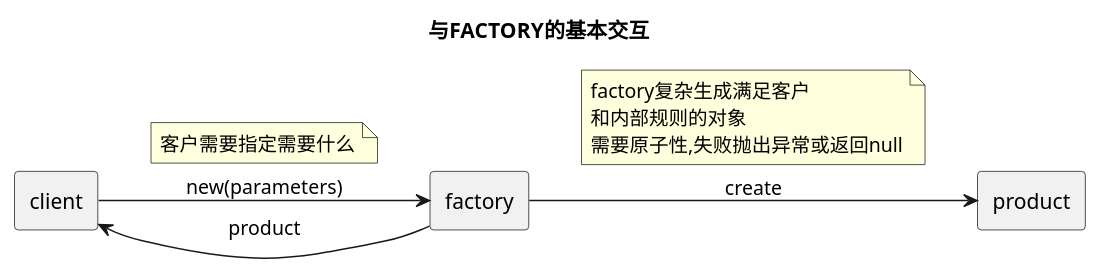
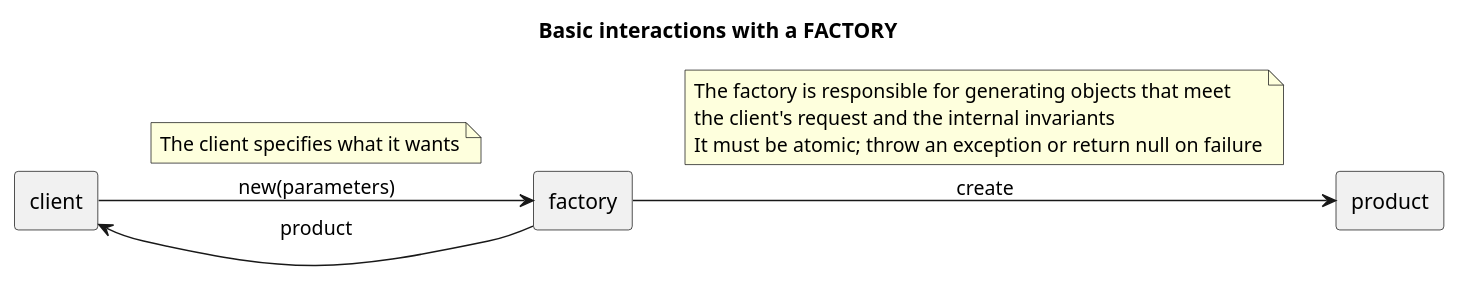
One commit to lindezhong/nvim-config changed the fifth of 19 diagrams in snippets/ddd.md. Above: the diagram before and after it, drawn with PlantUML. The commit also changed other lines of this file and 17 other files, not shown here.

````diff
--- a/snippets/ddd.md
+++ b/snippets/ddd.md
@@ -322,25 +427,25 @@
 ```plantuml
 @startuml
 allowmixing
 left to right direction
-title 与FACTORY的基本交互
+title Basic interactions with a FACTORY
 
 rectangle client
 rectangle factory
 rectangle product
 
 client --> factory : new(parameters)
 note top on link
-客户需要指定需要什么
+The client specifies what it wants
 end note
 factory --> client : product
 factory --> product : create
 note top on link
-factory复杂生成满足客户
-和内部规则的对象
-需要原子性,失败抛出异常或返回null
+The factory is responsible for generating objects that meet
+the client's request and the internal invariants
+It must be atomic; throw an exception or return null on failure
 end note
 
 
 @enduml
 ```
````
